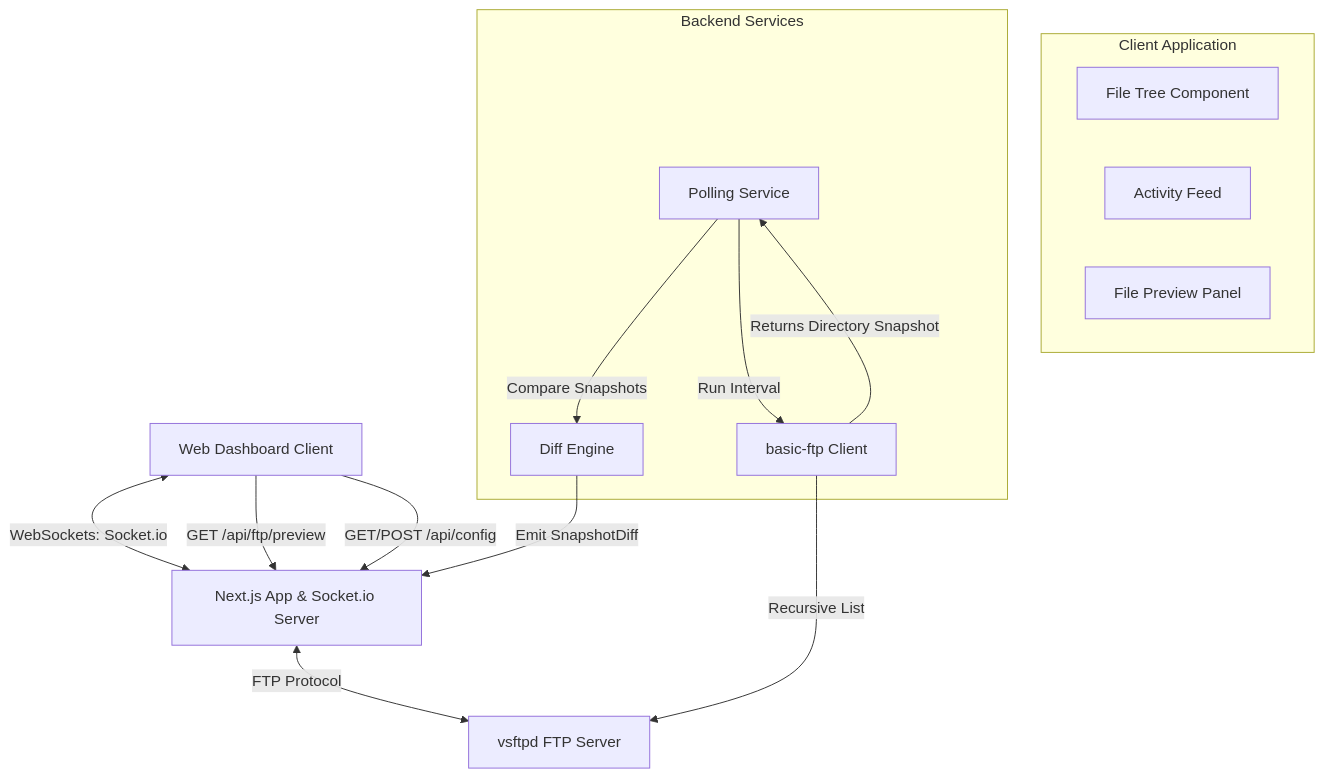
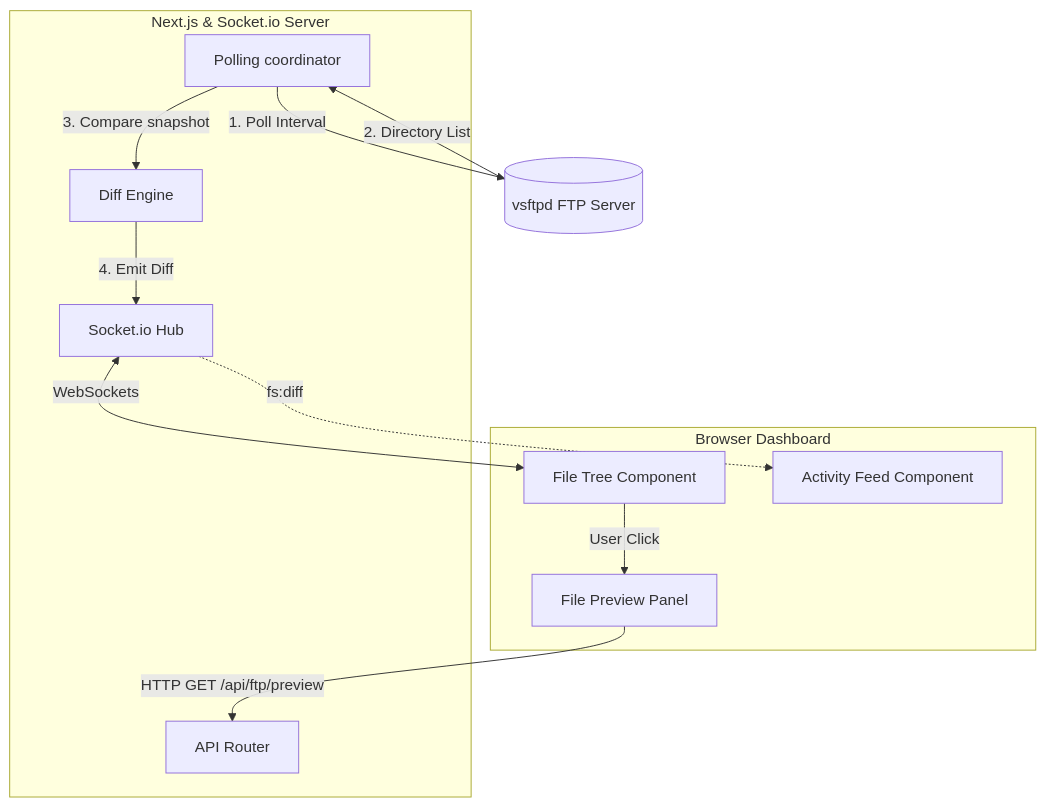
Before and after one commit to SabbellaLaharika/FtpStreamMonitor: the first of 2 diagrams in README.md, drawn with Mermaid. The commit also changed other lines of this file, not shown here.

Commit message:
Optimize high-level architecture diagram and tech stack in README.md

````diff
--- a/README.md
+++ b/README.md
@@ -21,26 +32,31 @@
 ```mermaid
 graph TD
-    Client[Web Dashboard Client] <-->|WebSockets: Socket.io| Server[Next.js App & Socket.io Server]
-    Server <-->|FTP Protocol| FTPServer[vsftpd FTP Server]
-    
-    subgraph Client Application
+    subgraph Client [Browser Dashboard]
         Tree[File Tree Component]
-        Feed[Activity Feed]
+        Feed[Activity Feed Component]
         Preview[File Preview Panel]
     end
     
-    subgraph Backend Services
-        Poll[Polling Service]
+    subgraph Server [Next.js & Socket.io Server]
+        API[API Router]
+        WS[Socket.io Hub]
+        Poll[Polling coordinator]
         Diff[Diff Engine]
-        FTPWrapper[basic-ftp Client]
     end
     
-    Client -->|GET /api/ftp/preview| Server
-    Client -->|GET/POST /api/config| Server
+    FTPServer[(vsftpd FTP Server)]
     
-    Poll -->|Run Interval| FTPWrapper
-    FTPWrapper -->|Recursive List| FTPServer
-    FTPWrapper -->|Returns Directory Snapshot| Poll
-    Poll -->|Compare Snapshots| Diff
-    Diff -->|Emit SnapshotDiff| Server
+    %% Client Interactions
+    Tree -->|User Click| Preview
+    Preview -->|HTTP GET /api/ftp/preview| API
+    
+    %% Socket Connections
+    WS <-->|WebSockets| Tree
+    WS -.->|fs:diff| Feed
+    
+    %% Backend Flow
+    Poll -->|1. Poll Interval| FTPServer
+    FTPServer -->|2. Directory List| Poll
+    Poll -->|3. Compare snapshot| Diff
+    Diff -->|4. Emit Diff| WS
 ```
````
